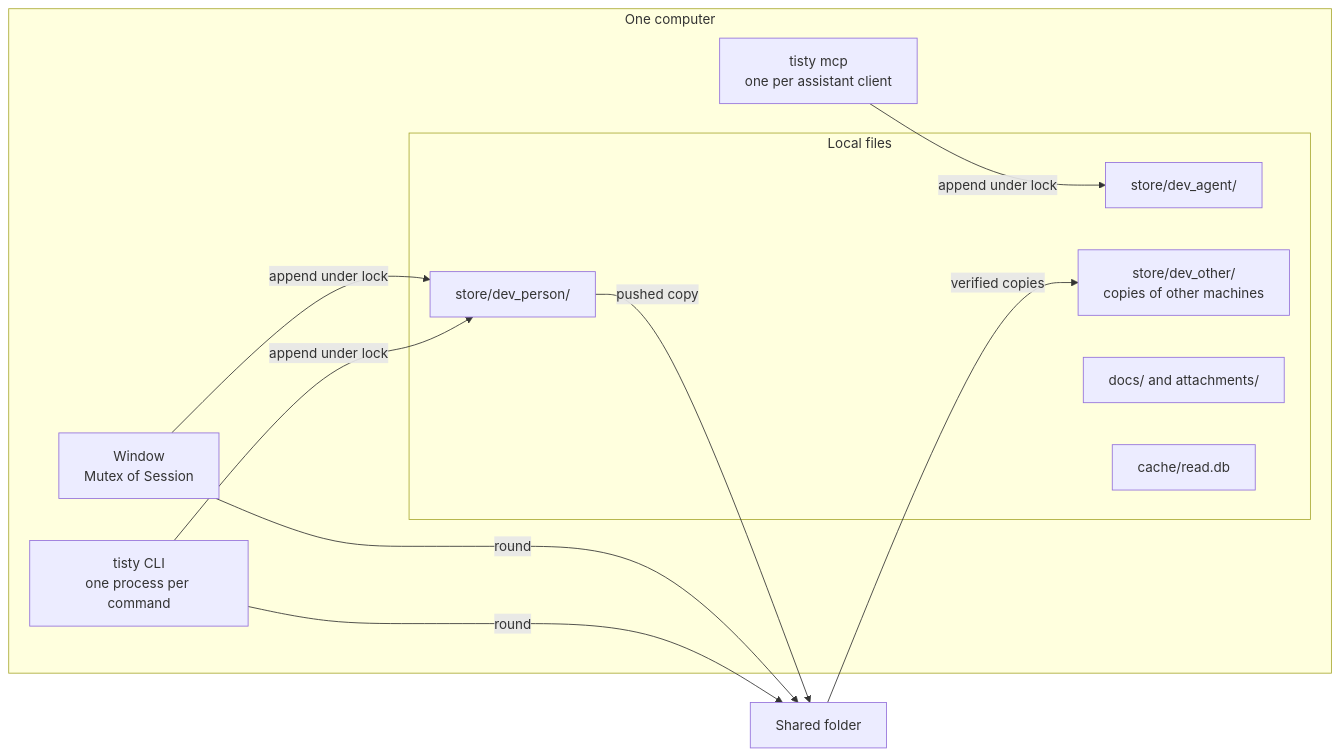
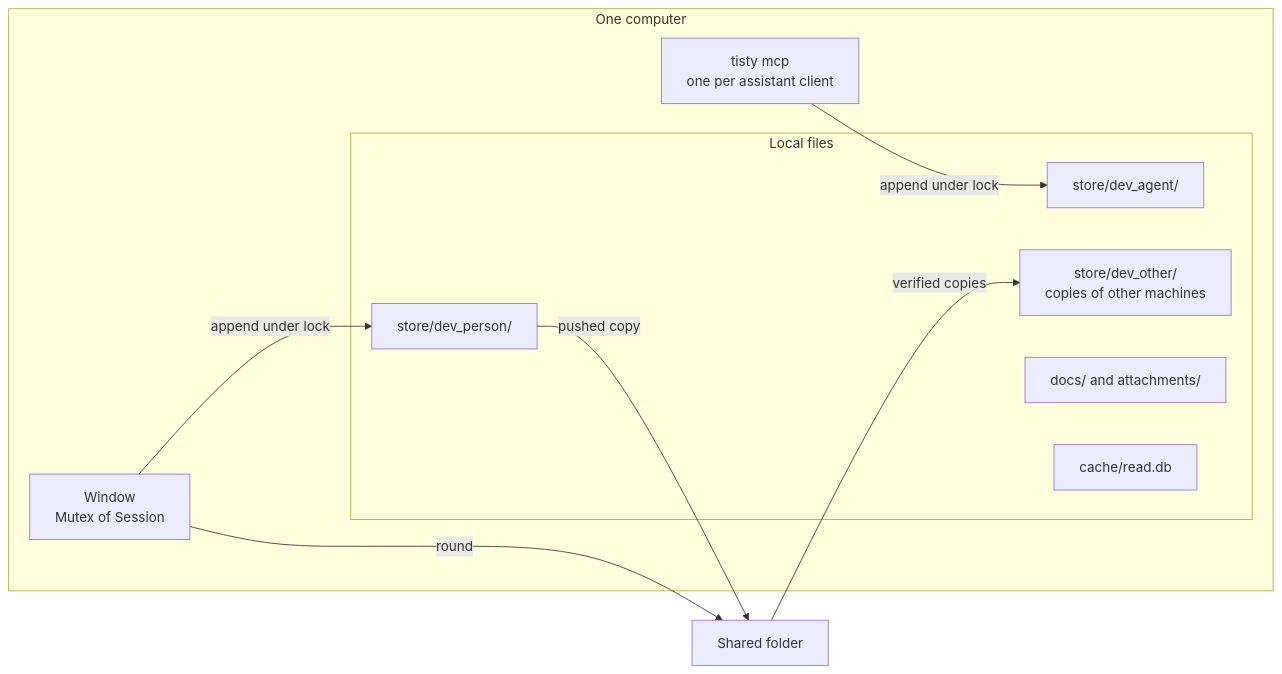
The second of 10 diagrams in docs/ARCHITECTURE.md (rgdevment/Tisty), drawn with Mermaid before and after one commit. The commit also changed other lines of this file and 80 other files, not shown here.

First line of the commit message:
feat(cli): retire every command but tisty mcp, and clean what only they used (#333)

````diff
--- a/docs/ARCHITECTURE.md
+++ b/docs/ARCHITECTURE.md
@@ -95,23 +94,20 @@
 ```mermaid
 flowchart LR
   subgraph machine["One computer"]
     win["Window<br/>Mutex of Session"]
-    term["tisty CLI<br/>one process per command"]
     door["tisty mcp<br/>one per assistant client"]
     subgraph files["Local files"]
       person["store/dev_person/"]
       agent["store/dev_agent/"]
       copies["store/dev_other/<br/>copies of other machines"]
       bodies["docs/ and attachments/"]
       cache["cache/read.db"]
     end
   end
   shared["Shared folder"]
   win -- "append under lock" --> person
-  term -- "append under lock" --> person
   door -- "append under lock" --> agent
   win -- "round" --> shared
-  term -- "round" --> shared
   shared -- "verified copies" --> copies
   person -- "pushed copy" --> shared
 ```
````
